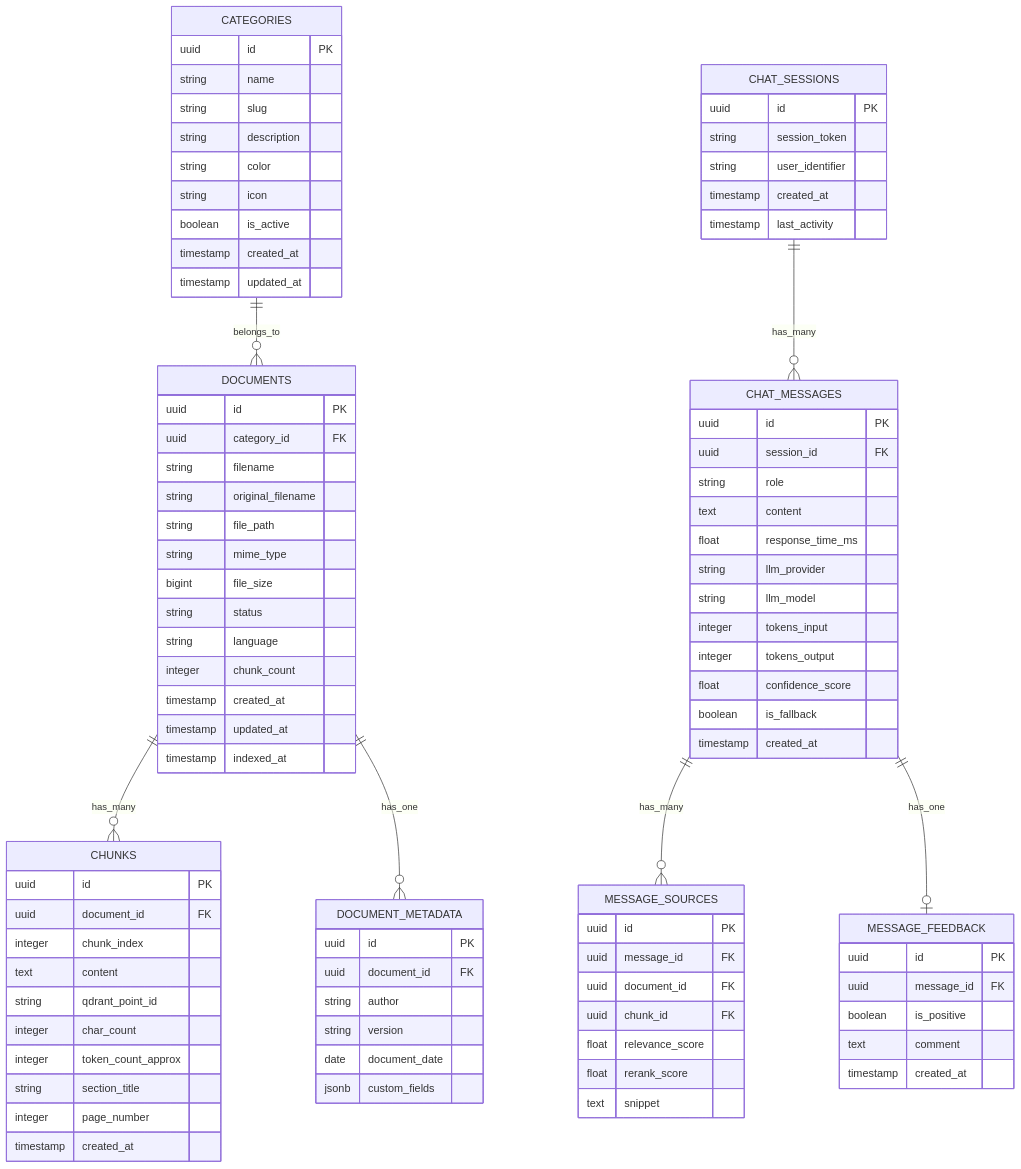
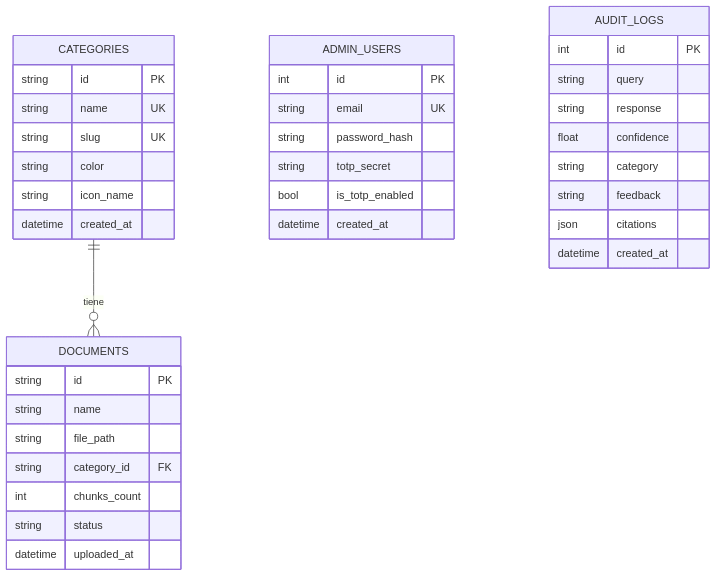
The diagram in docs/architecture/database-design.md (EzequielAngel0/DocuAgent), drawn with Mermaid before and after one commit. The commit also changed other lines of this file and 7 other files, not shown here.

````diff
--- a/docs/architecture/database-design.md
+++ b/docs/architecture/database-design.md
@@ -18,100 +22,39 @@
 ```mermaid
 erDiagram
-    CATEGORIES ||--o{ DOCUMENTS : "belongs_to"
-    DOCUMENTS ||--o{ CHUNKS : "has_many"
-    DOCUMENTS ||--o{ DOCUMENT_METADATA : "has_one"
-    CHAT_SESSIONS ||--o{ CHAT_MESSAGES : "has_many"
-    CHAT_MESSAGES ||--o{ MESSAGE_SOURCES : "has_many"
-    CHAT_MESSAGES ||--o| MESSAGE_FEEDBACK : "has_one"
-
+    CATEGORIES ||--o{ DOCUMENTS : "tiene"
+    ADMIN_USERS {
+        int id PK
+        string email UK
+        string password_hash
+        string totp_secret
+        bool is_totp_enabled
+        datetime created_at
+    }
     CATEGORIES {
-        uuid id PK
+        string id PK
+        string name UK
+        string slug UK
+        string color
+        string icon_name
+        datetime created_at
+    }
+    DOCUMENTS {
+        string id PK
         string name
-        string slug
-        string description
-        string color
-        string icon
-        boolean is_active
-        timestamp created_at
-        timestamp updated_at
+        string file_path
+        string category_id FK
+        int chunks_count
+        string status
+        datetime uploaded_at
     }
-
-    DOCUMENTS {
-        uuid id PK
-        uuid category_id FK
-        string filename
-        string original_filename
-        string file_path
-        string mime_type
-        bigint file_size
-        string status
-        string language
-        integer chunk_count
-        timestamp created_at
-        timestamp updated_at
-        timestamp indexed_at
-    }
-
-    DOCUMENT_METADATA {
-        uuid id PK
-        uuid document_id FK
-        string author
-        string version
-        date document_date
-        jsonb custom_fields
-    }
-
-    CHUNKS {
-        uuid id PK
-        uuid document_id FK
-        integer chunk_index
-        text content
-        string qdrant_point_id
-        integer char_count
-        integer token_count_approx
-        string section_title
-        integer page_number
-        timestamp created_at
-    }
-
-    CHAT_SESSIONS {
-        uuid id PK
-        string session_token
-        string user_identifier
-        timestamp created_at
-        timestamp last_activity
-    }
-
-    CHAT_MESSAGES {
-        uuid id PK
-        uuid session_id FK
-        string role
-        text content
-        float response_time_ms
-        string llm_provider
-        string llm_model
-        integer tokens_input
-        integer tokens_output
-        float confidence_score
-        boolean is_fallback
-        timestamp created_at
-    }
-
-    MESSAGE_SOURCES {
-        uuid id PK
-        uuid message_id FK
-        uuid document_id FK
-        uuid chunk_id FK
-        float relevance_score
-        float rerank_score
-        text snippet
-    }
-
-    MESSAGE_FEEDBACK {
-        uuid id PK
-        uuid message_id FK
-        boolean is_positive
-        text comment
-        timestamp created_at
+    AUDIT_LOGS {
+        int id PK
+        string query
+        string response
+        float confidence
+        string category
+        string feedback
+        json citations
+        datetime created_at
     }
 ```
````
